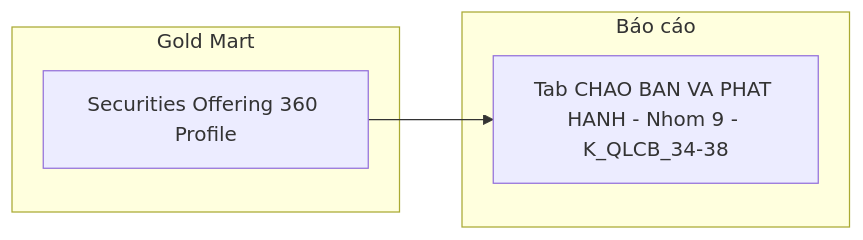
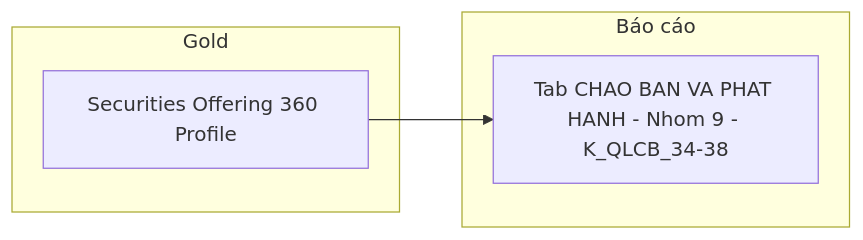
One commit to linhlvit/ubck_atomic_design changed diagram 11 of 14 in Gold/hld/GOLD_QLCB_HLD.md. Above: the diagram before and after it, drawn with Mermaid. The commit also changed other lines of this file and 3 other files, not shown here.

````diff
--- a/Gold/hld/GOLD_QLCB_HLD.md
+++ b/Gold/hld/GOLD_QLCB_HLD.md
@@ -608,10 +608,10 @@
 ```mermaid
 flowchart LR
-    subgraph GOLD["Gold Mart"]
+    subgraph GOLD["Gold"]
         G1["Securities Offering 360 Profile"]
     end
     subgraph RPT["Báo cáo"]
         R9["Tab CHAO BAN VA PHAT HANH - Nhom 9 - K_QLCB_34-38"]
     end
     G1 --> R9
 ```
````
